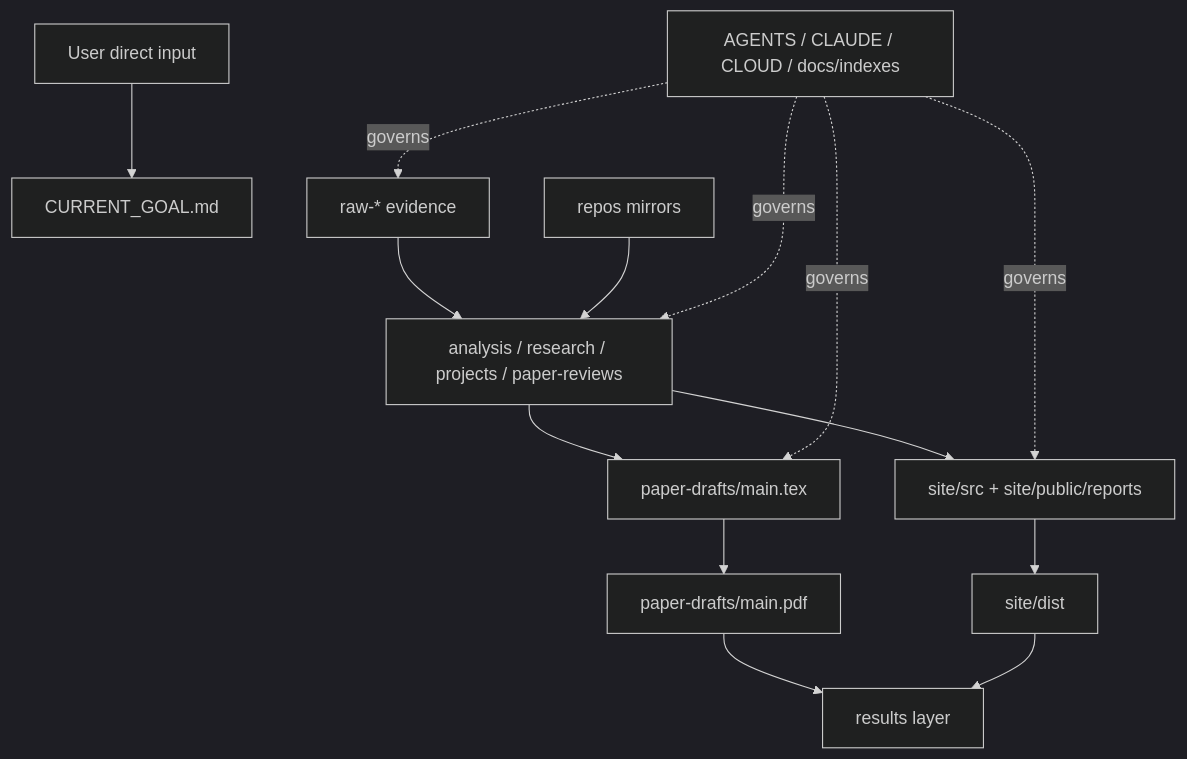
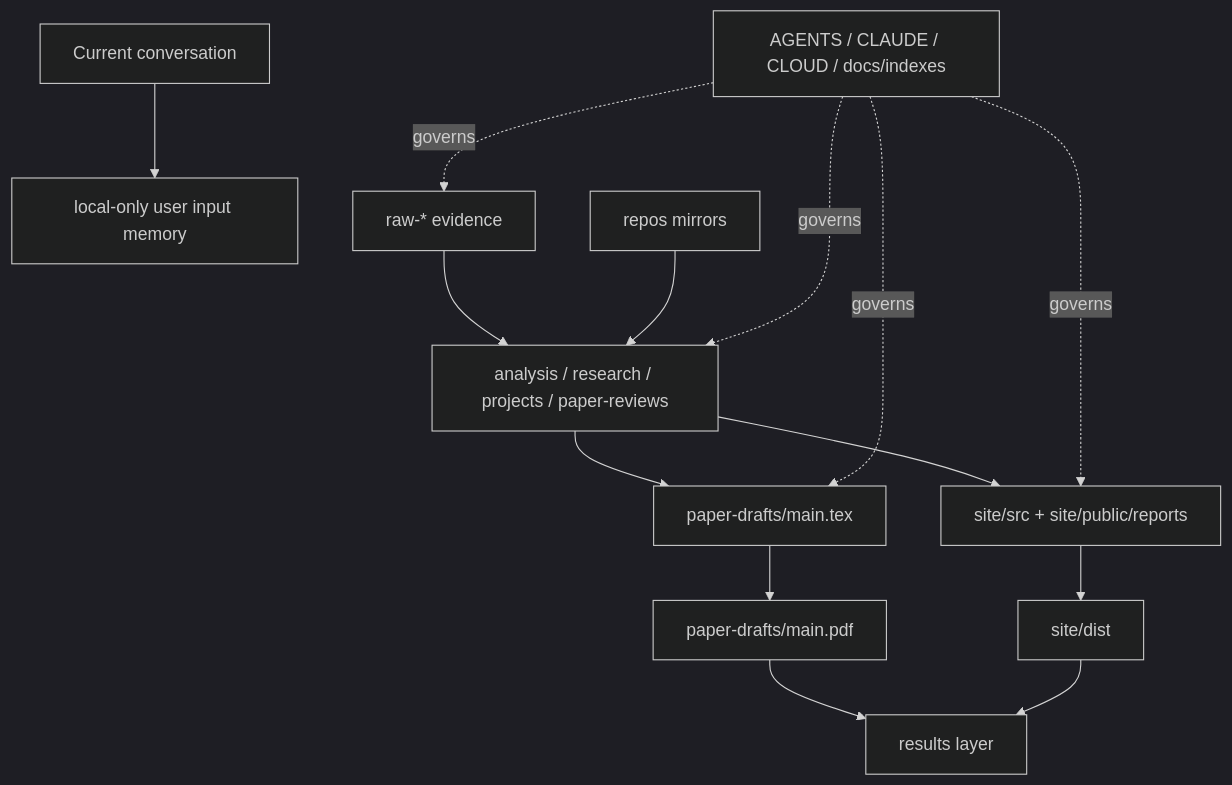
Before and after one commit to Shiyao-Huang/awesome-agent-evolution: the diagram in docs/project-management/project-structure.md, drawn with Mermaid (dark theme). The commit also changed 73 other files, not shown here.

````diff
--- a/docs/project-management/project-structure.md
+++ b/docs/project-management/project-structure.md
@@ -29,16 +29,16 @@
 ```mermaid
 flowchart TB
-  U["User direct input"] --> G["CURRENT_GOAL.md"]
+  U["Current conversation"] --> G["local-only user input memory"]
   RAW["raw-* evidence"] --> PROC["analysis / research / projects / paper-reviews"]
   MIRROR["repos mirrors"] --> PROC
   PROC --> PAPER["paper-drafts/main.tex"]
   PROC --> SITE["site/src + site/public/reports"]
   PAPER --> PDF["paper-drafts/main.pdf"]
   SITE --> DIST["site/dist"]
   PDF --> RESULTS["results layer"]
   DIST --> RESULTS
   OPS["AGENTS / CLAUDE / CLOUD / docs/indexes"] -. governs .-> RAW
   OPS -. governs .-> PROC
   OPS -. governs .-> PAPER
   OPS -. governs .-> SITE
 ```
````
